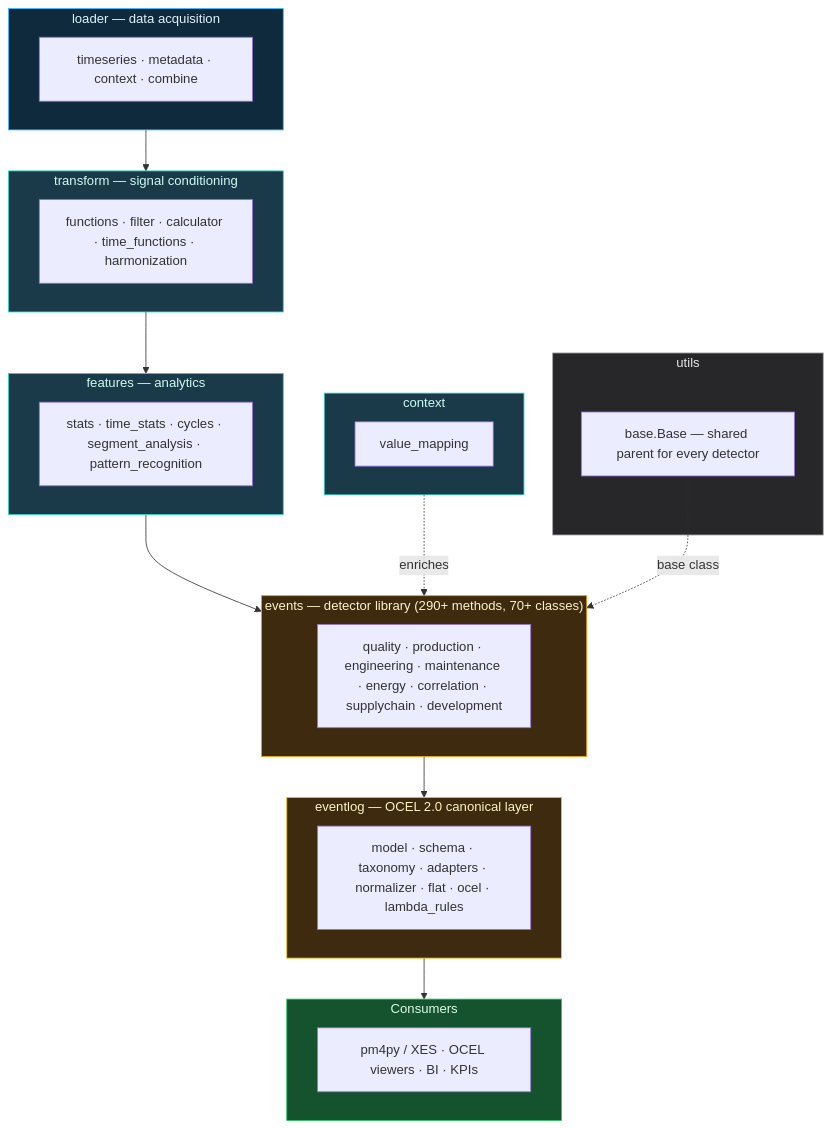
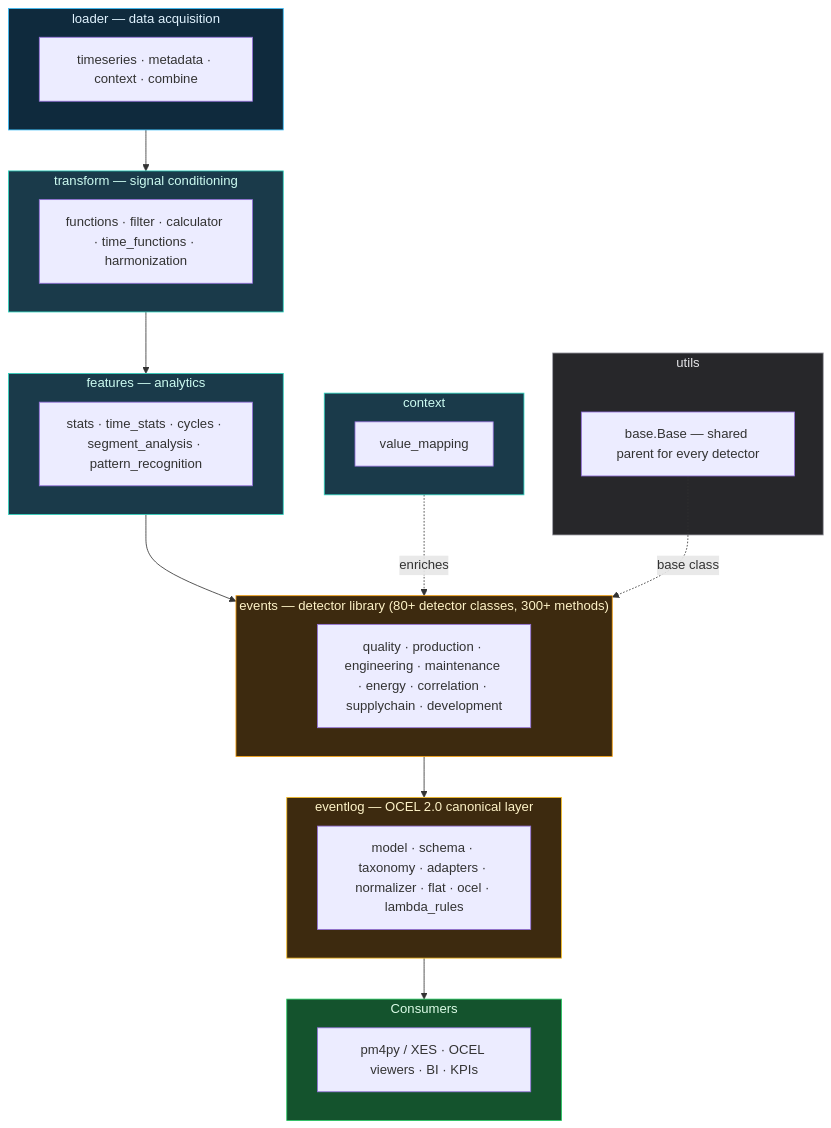
Before and after one commit to ts-shape/ts-shape: the diagram in docs/guides/architecture.md, drawn with Mermaid. The commit also changed 103 other files, not shown here.

````diff
--- a/docs/guides/architecture.md
+++ b/docs/guides/architecture.md
@@ -15,41 +15,41 @@
 ```mermaid
 flowchart TB
     subgraph LOADER["loader — data acquisition"]
         L["timeseries · metadata · context · combine"]
     end
     subgraph TRANSFORM["transform — signal conditioning"]
         T["functions · filter · calculator · time_functions · harmonization"]
     end
     subgraph FEATURE["features — analytics"]
         F["stats · time_stats · cycles · segment_analysis · pattern_recognition"]
     end
     subgraph CONTEXT["context"]
         CX["value_mapping"]
     end
-    subgraph EVENTS["events — detector library (290+ methods, 70+ classes)"]
+    subgraph EVENTS["events — detector library (80+ detector classes, 300+ methods)"]
         EV["quality · production · engineering · maintenance · energy · correlation · supplychain · development"]
     end
     subgraph EVENTLOG["eventlog — OCEL 2.0 canonical layer"]
         EL["model · schema · taxonomy · adapters · normalizer · flat · ocel · lambda_rules"]
     end
     subgraph UTILS["utils"]
         U["base.Base — shared parent for every detector"]
     end
     subgraph CONSUMERS["Consumers"]
         C["pm4py / XES · OCEL viewers · BI · KPIs"]
     end
 
     LOADER --> TRANSFORM --> FEATURE --> EVENTS
     CONTEXT -.enriches.-> EVENTS
     U -.base class.-> EVENTS
     EVENTS --> EVENTLOG --> CONSUMERS
 
     style LOADER fill:#0f2a3d,stroke:#38bdf8,color:#e0f2fe
     style TRANSFORM fill:#1a3a4a,stroke:#2dd4bf,color:#ccfbf1
     style FEATURE fill:#1a3a4a,stroke:#2dd4bf,color:#ccfbf1
     style CONTEXT fill:#1a3a4a,stroke:#2dd4bf,color:#ccfbf1
     style EVENTS fill:#3d2a0f,stroke:#f59e0b,color:#fef3c7
     style EVENTLOG fill:#3d2a0f,stroke:#fbbf24,color:#fef3c7
     style UTILS fill:#27272a,stroke:#a1a1aa,color:#e4e4e7
     style CONSUMERS fill:#14532d,stroke:#22c55e,color:#dcfce7
 ```
````
